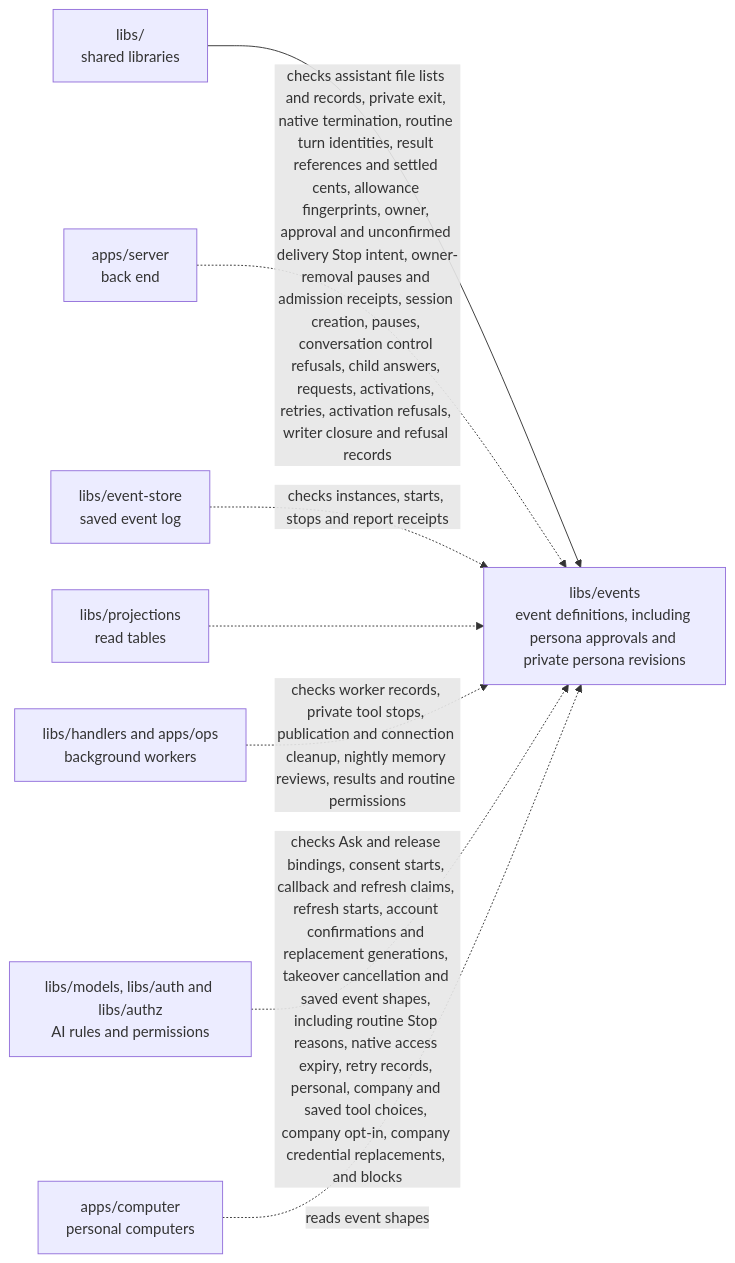
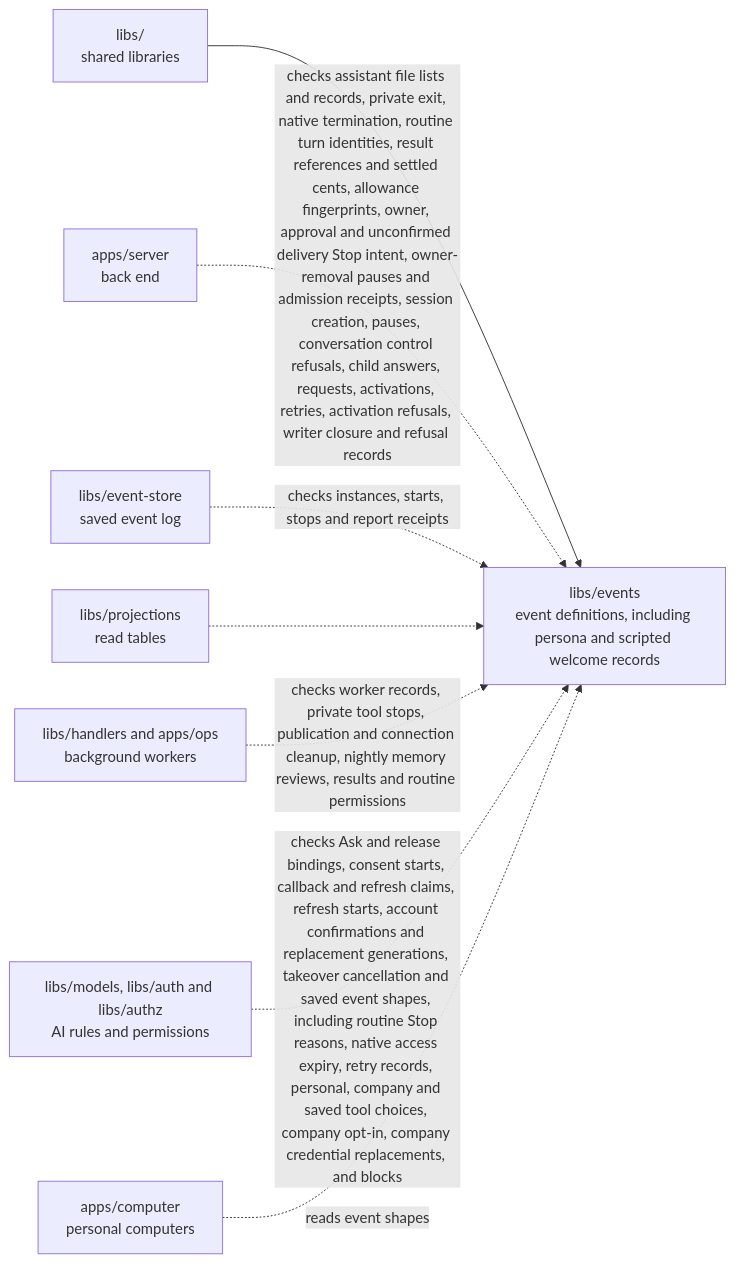
The diagram in libs/events/README.md (elewa-git/opencrane-new), drawn with Mermaid before and after one commit. The commit also changed other lines of this file and 17 other files, not shown here.

````diff
--- a/libs/events/README.md
+++ b/libs/events/README.md
@@ -59,10 +59,10 @@
 ```mermaid
 flowchart LR
-  parent["libs/<br/>shared libraries"] --> events["libs/events<br/>event definitions, including persona approvals and private persona revisions"]
+  parent["libs/<br/>shared libraries"] --> events["libs/events<br/>event definitions, including persona and scripted welcome records"]
   server["apps/server<br/>back end"] -.->|checks assistant file lists and records, private exit, native termination, routine turn identities, result references and settled cents, allowance fingerprints, owner, approval and unconfirmed delivery Stop intent, owner-removal pauses and admission receipts, session creation, pauses, conversation control refusals, child answers, requests, activations, retries, activation refusals, writer closure and refusal records| events
   store["libs/event-store<br/>saved event log"] -.->|checks instances, starts, stops and report receipts| events
   projections["libs/projections<br/>read tables"] -.-> events
   workers["libs/handlers and apps/ops<br/>background workers"] -.->|checks worker records, private tool stops, publication and connection cleanup, nightly memory reviews, results and routine permissions| events
   models["libs/models, libs/auth and libs/authz<br/>AI rules and permissions"] -.->|checks Ask and release bindings, consent starts, callback and refresh claims, refresh starts, account confirmations and replacement generations, takeover cancellation and saved event shapes, including routine Stop reasons, native access expiry, retry records, personal, company and saved tool choices, company opt-in, company credential replacements, and blocks| events
   computer["apps/computer<br/>personal computers"] -.->|reads event shapes| events
 ```
````
